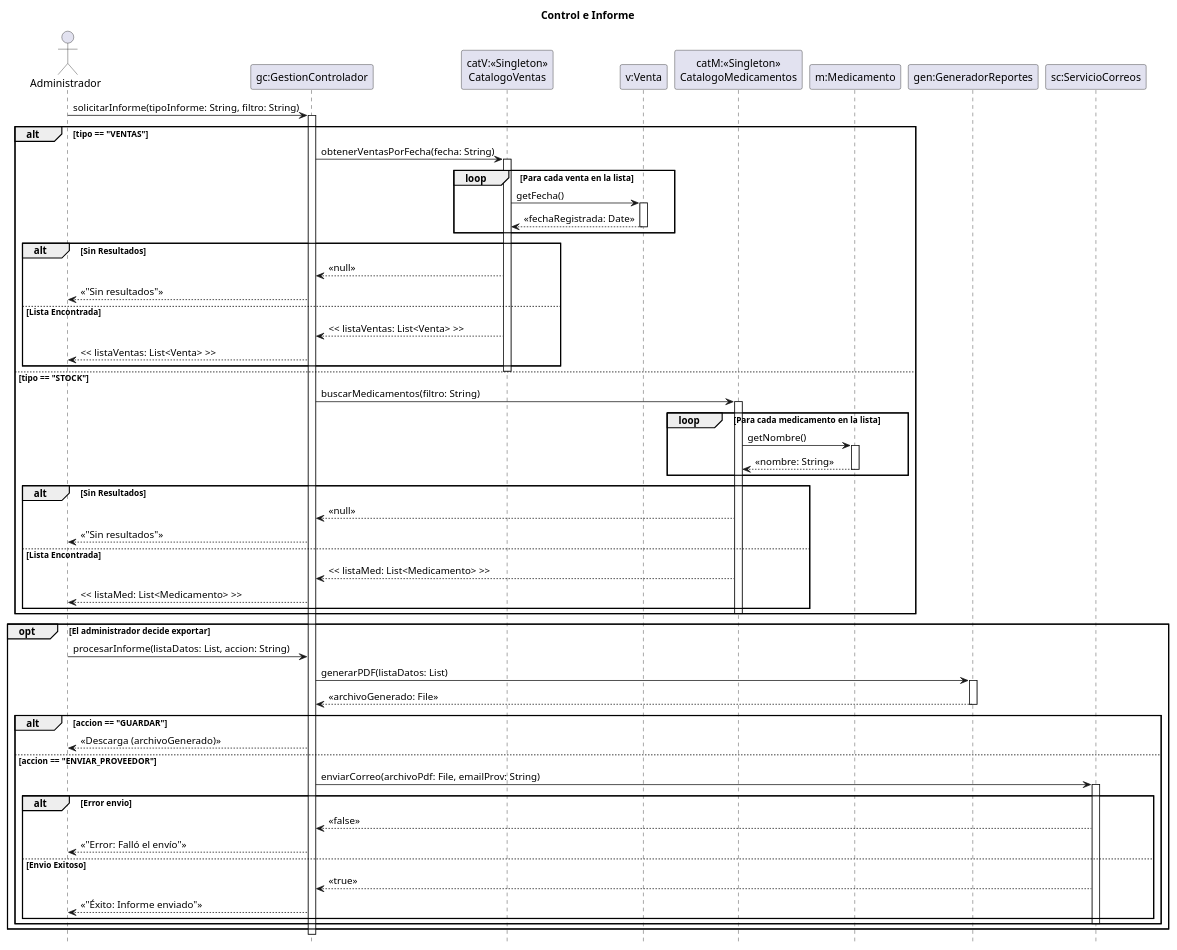
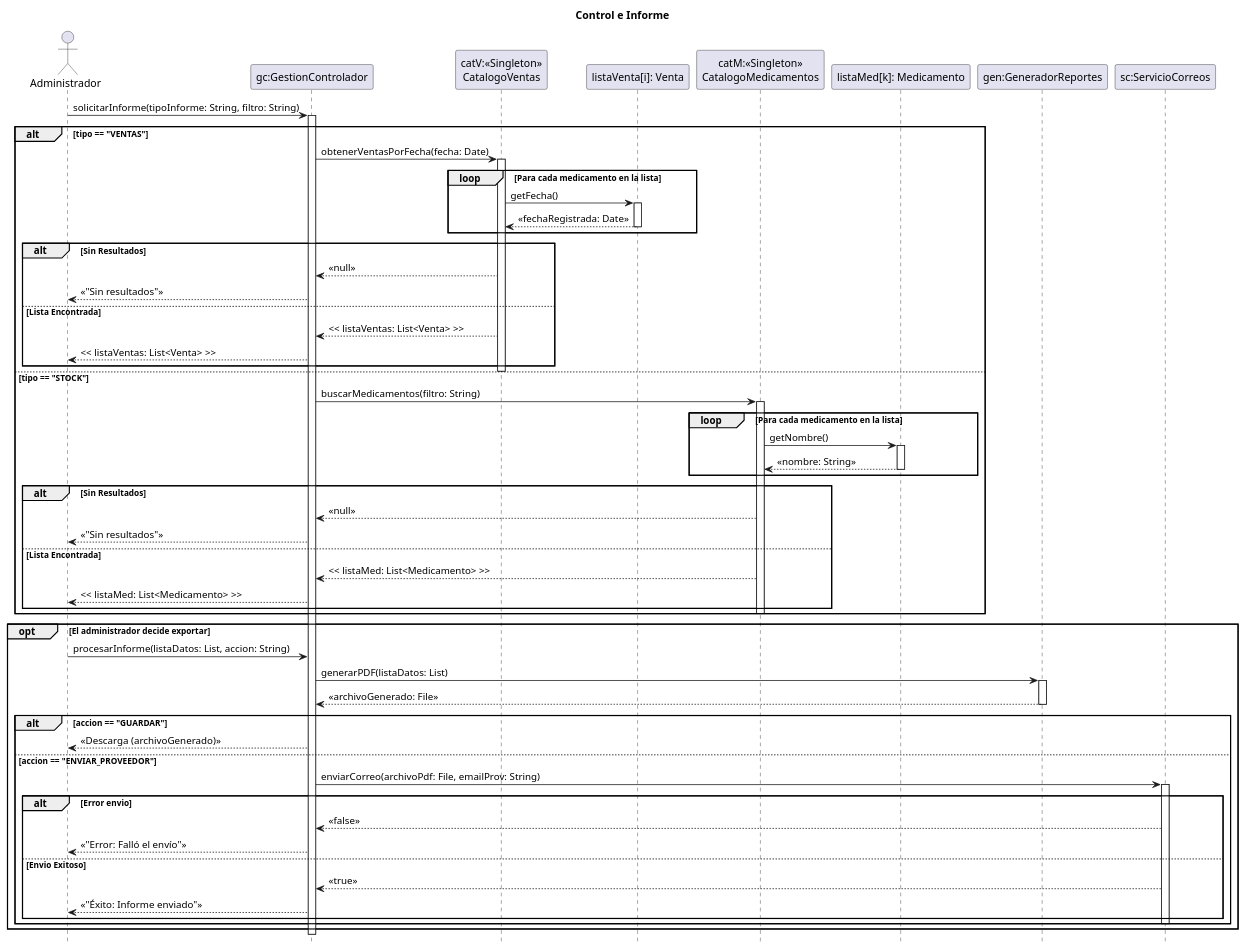
One commit to zEzequR/PF-I changed the diagram in 08 - Diagramas de Secuencia de Diseño/Control e Informe/ControlEinforme.puml. Above: the diagram before and after it, drawn with PlantUML. The commit also changed 15 other files, not shown here.

```diff
--- a/08 - Diagramas de Secuencia de Diseño/Control e Informe/ControlEinforme.puml
+++ b/08 - Diagramas de Secuencia de Diseño/Control e Informe/ControlEinforme.puml
@@ -1,86 +1,86 @@
 @startuml
 title Control e Informe
 
 hide footbox
 
 actor "Administrador" as admin
 participant "gc:GestionControlador" as ctrl
 participant "catV:<<Singleton>>\nCatalogoVentas" as cat_ventas
-participant "v:Venta" as venta 
+participant "listaVenta[i]: Venta" as venta 
 participant "catM:<<Singleton>>\nCatalogoMedicamentos" as cat_med
-participant "m:Medicamento" as med
+participant "listaMed[k]: Medicamento" as med
 participant "gen:GeneradorReportes" as gen
 participant "sc:ServicioCorreos" as srv_mail
 
 admin -> ctrl : solicitarInforme(tipoInforme: String, filtro: String)
 activate ctrl
 
 alt tipo == "VENTAS"
-    ctrl -> cat_ventas : obtenerVentasPorFecha(fecha: String)
+    ctrl -> cat_ventas : obtenerVentasPorFecha(fecha: Date)
     activate cat_ventas
     
-    loop Para cada venta en la lista
+    loop Para cada medicamento en la lista
         cat_ventas -> venta : getFecha()
         activate venta
         venta --> cat_ventas : << fechaRegistrada: Date >>
         deactivate venta
     end
     
     alt Sin Resultados
         cat_ventas --> ctrl : << null >>
         ctrl --> admin : << "Sin resultados" >>
     else Lista Encontrada
         cat_ventas --> ctrl : << listaVentas: List<Venta> >>
         ctrl --> admin : << listaVentas: List<Venta> >>
     end
     deactivate cat_ventas
 
 else tipo == "STOCK"
     ctrl -> cat_med : buscarMedicamentos(filtro: String)
     activate cat_med
     
     loop Para cada medicamento en la lista
         cat_med -> med : getNombre()
         activate med
         med --> cat_med : << nombre: String >>
         deactivate med
     end
     
     alt Sin Resultados
         cat_med --> ctrl : << null >>
         ctrl --> admin : << "Sin resultados" >>
     else Lista Encontrada
         cat_med --> ctrl : << listaMed: List<Medicamento> >>
         ctrl --> admin : << listaMed: List<Medicamento> >>
     end
     deactivate cat_med
 end
 
 opt El administrador decide exportar
     admin -> ctrl : procesarInforme(listaDatos: List, accion: String)
 
     ctrl -> gen : generarPDF(listaDatos: List)
     activate gen
     gen --> ctrl : << archivoGenerado: File >>
     deactivate gen
 
     alt accion == "GUARDAR"
         ctrl --> admin : << Descarga (archivoGenerado) >>
         
     else accion == "ENVIAR_PROVEEDOR"
         ctrl -> srv_mail : enviarCorreo(archivoPdf: File, emailProv: String)
         activate srv_mail
         
         alt Error envio
             srv_mail --> ctrl : << false >>
             ctrl --> admin : << "Error: Falló el envío" >>
         else Envio Exitoso
             srv_mail --> ctrl : << true >>
             ctrl --> admin : << "Éxito: Informe enviado" >>
         end
         deactivate srv_mail
     end
 end
 
 deactivate ctrl
 @enduml
```
